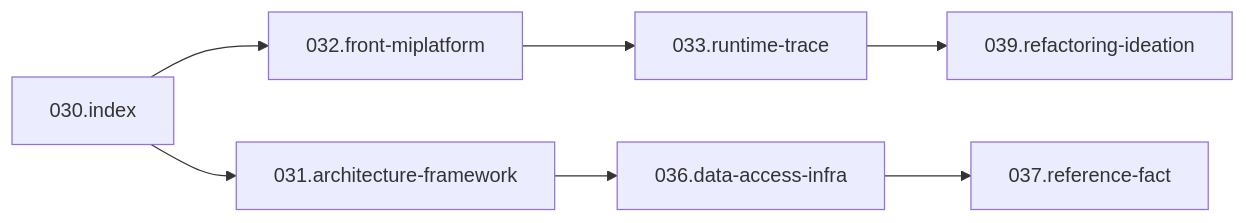
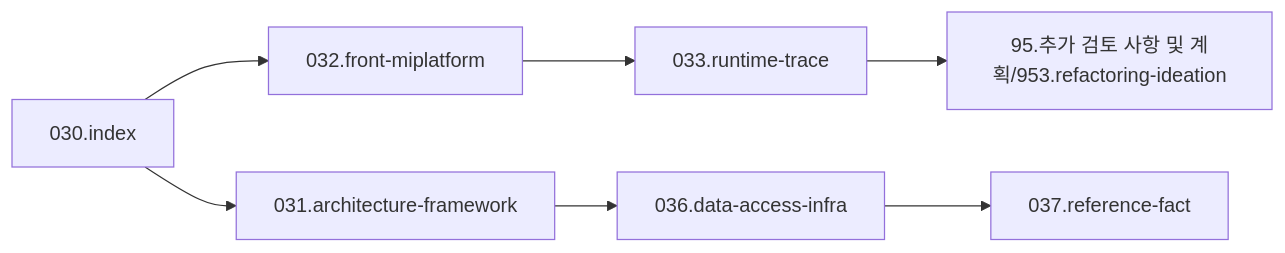
The diagram in 03.analysis_results/030.index/0301.운영규칙 및 문서맵/재배치-초안.md (forsylph/nph), drawn with Mermaid before and after one commit. The commit also changed other lines of this file and 94 other files, not shown here.

````diff
--- a/03.analysis_results/030.index/0301.운영규칙 및 문서맵/재배치-초안.md
+++ b/03.analysis_results/030.index/0301.운영규칙 및 문서맵/재배치-초안.md
@@ -127,9 +127,9 @@
 ```mermaid
 flowchart LR
     Index[030.index] --> Front[032.front-miplatform]
     Index --> Framework[031.architecture-framework]
     Front --> Trace[033.runtime-trace]
     Framework --> Infra[036.data-access-infra]
-    Trace --> Refactor[039.refactoring-ideation]
+    Trace --> Refactor[95.추가 검토 사항 및 계획/953.refactoring-ideation]
     Infra --> RefFact[037.reference-fact]
 ```
````
